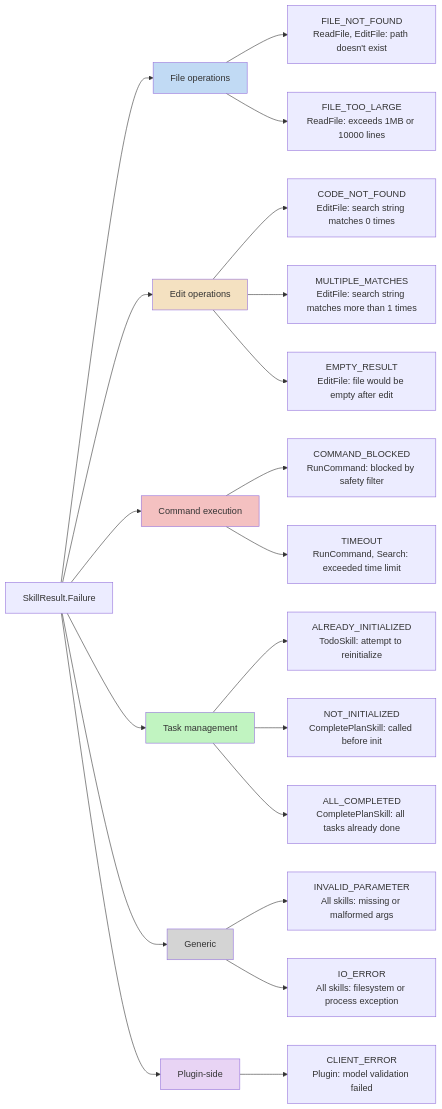
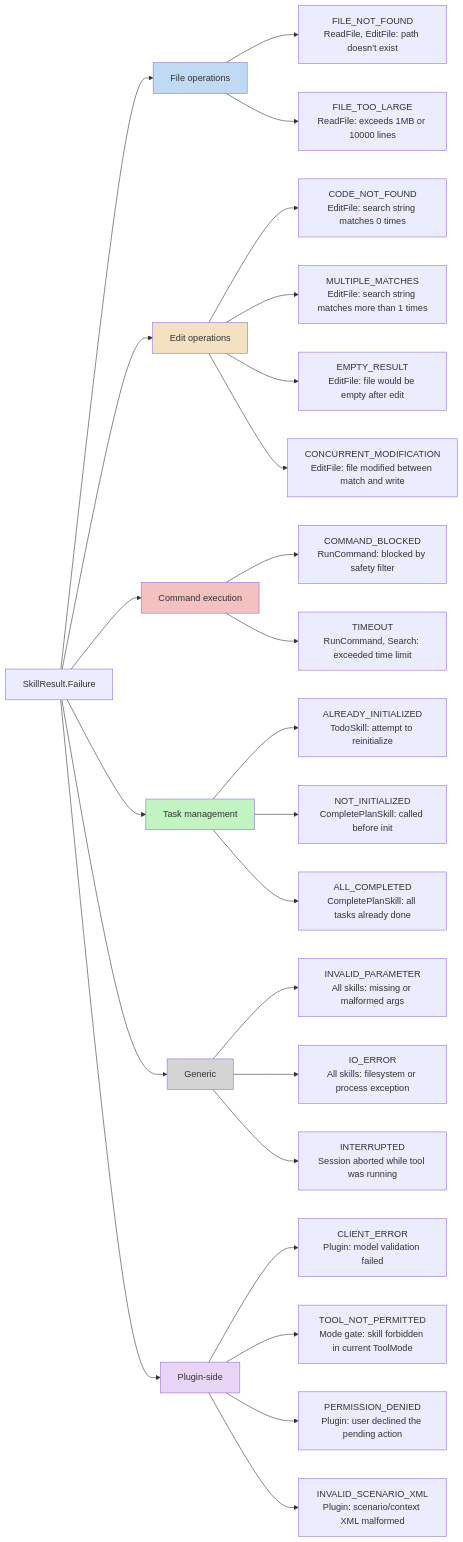
Before and after one commit to lg841226/Gradum: diagram 21 of 29 in docs/ARCHITECTURE.md, drawn with Mermaid. The commit also changed other lines of this file and 5 other files, not shown here.

Commit message:
docs: sync ARCHITECTURE.md with framework refactor and polish skill/plugin code

````diff
--- a/docs/ARCHITECTURE.md
+++ b/docs/ARCHITECTURE.md
@@ -1266,28 +1411,33 @@
 ```mermaid
 flowchart LR
     ALL[SkillResult.Failure] --> G1[File operations]
     ALL --> G2[Edit operations]
     ALL --> G3[Command execution]
     ALL --> G4[Task management]
     ALL --> G5[Generic]
     ALL --> G6[Plugin-side]
     G1 --> F1["FILE_NOT_FOUND<br/>ReadFile, EditFile: path doesn't exist"]
     G1 --> F2["FILE_TOO_LARGE<br/>ReadFile: exceeds 1MB or 10000 lines"]
     G2 --> F3["CODE_NOT_FOUND<br/>EditFile: search string matches 0 times"]
     G2 --> F4["MULTIPLE_MATCHES<br/>EditFile: search string matches more than 1 times"]
     G2 --> F5["EMPTY_RESULT<br/>EditFile: file would be empty after edit"]
+    G2 --> F14["CONCURRENT_MODIFICATION<br/>EditFile: file modified between match and write"]
     G3 --> F6["COMMAND_BLOCKED<br/>RunCommand: blocked by safety filter"]
     G3 --> F7["TIMEOUT<br/>RunCommand, Search: exceeded time limit"]
     G4 --> F8["ALREADY_INITIALIZED<br/>TodoSkill: attempt to reinitialize"]
     G4 --> F9["NOT_INITIALIZED<br/>CompletePlanSkill: called before init"]
     G4 --> F10["ALL_COMPLETED<br/>CompletePlanSkill: all tasks already done"]
     G5 --> F11["INVALID_PARAMETER<br/>All skills: missing or malformed args"]
     G5 --> F12["IO_ERROR<br/>All skills: filesystem or process exception"]
+    G5 --> F15["INTERRUPTED<br/>Session aborted while tool was running"]
     G6 --> F13["CLIENT_ERROR<br/>Plugin: model validation failed"]
+    G6 --> F16["TOOL_NOT_PERMITTED<br/>Mode gate: skill forbidden in current ToolMode"]
+    G6 --> F17["PERMISSION_DENIED<br/>Plugin: user declined the pending action"]
+    G6 --> F18["INVALID_SCENARIO_XML<br/>Plugin: scenario/context XML malformed"]
     style G1 fill: #c1daf4
     style G2 fill: #f4e1c1
     style G3 fill: #f4c1c1
     style G4 fill: #c1f4c1
     style G5 fill: #d4d4d4
     style G6 fill: #e8d4f4
 ```
````
